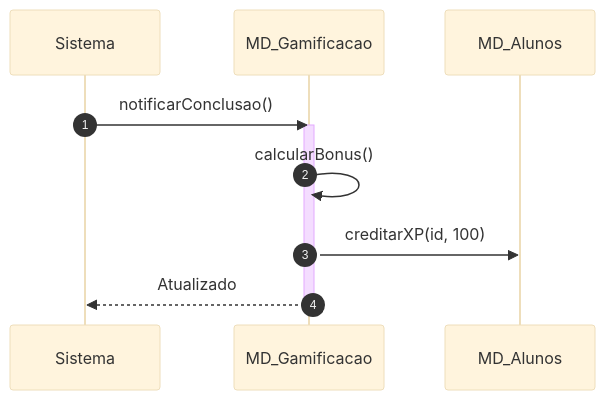
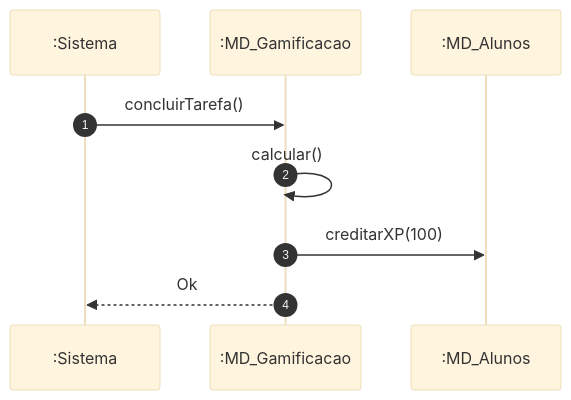
Before and after one commit to MayconDIS/PIM_III-Documentacao_UML: the second of 2 diagrams in PIM_III/02_Modelagem_UML_Astah/UC12_Atribuir_XP_Moedas/README.md, drawn with Mermaid (base theme). The commit also changed other lines of this file and 17 other files, not shown here.

````diff
--- a/PIM_III/02_Modelagem_UML_Astah/UC12_Atribuir_XP_Moedas/README.md
+++ b/PIM_III/02_Modelagem_UML_Astah/UC12_Atribuir_XP_Moedas/README.md
@@ -45,13 +44,11 @@
 ```mermaid
 sequenceDiagram
     autonumber
-    participant S as Sistema
-    participant G as MD_Gamificacao
-    participant A as MD_Alunos
-    S->>G: notificarConclusao()
-    activate G
-    G->>G: calcularBonus()
-    G->>A: creditarXP(id, 100)
-    G-->>S: Atualizado
-    deactivate G
+    participant S as :Sistema
+    participant G as :MD_Gamificacao
+    participant A as :MD_Alunos
+    S->>G: concluirTarefa()
+    G->>G: calcular()
+    G->>A: creditarXP(100)
+    G-->>S: Ok
 ```
````
